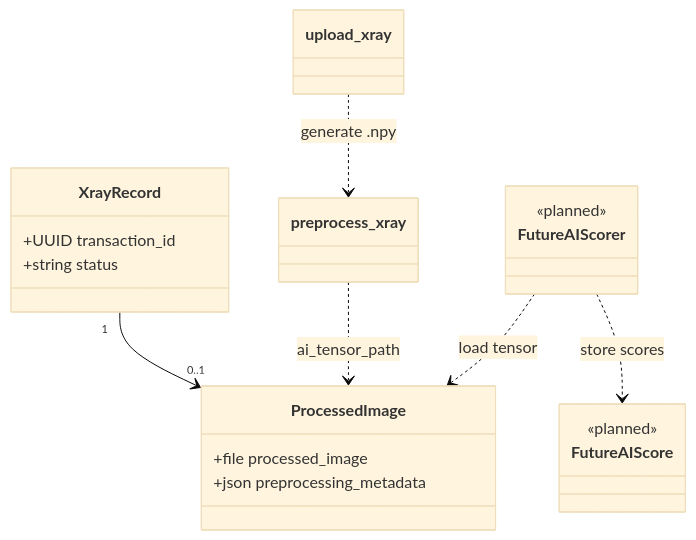
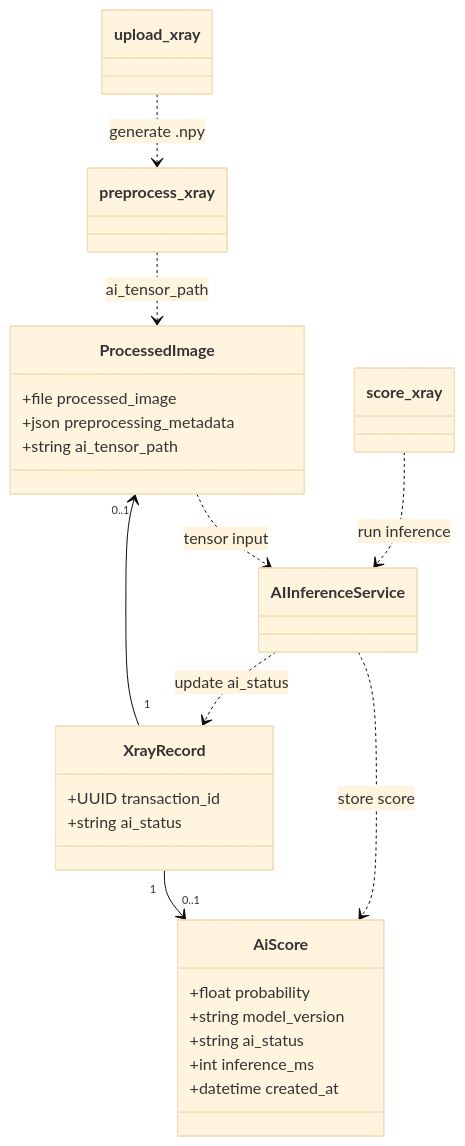
Before and after one commit to DymNomZ/TBXR: the diagram in documentation/class diagrams/3.1_Class Diagram.md, drawn with Mermaid (base theme). The commit also changed 24 other files, not shown here.

````diff
--- a/documentation/class diagrams/3.1_Class Diagram.md
+++ b/documentation/class diagrams/3.1_Class Diagram.md
@@ -1,25 +1,35 @@
 ```mermaid
 classDiagram
     class ProcessedImage {
         +file processed_image
         +json preprocessing_metadata
+        +string ai_tensor_path
     }
 
     class XrayRecord {
         +UUID transaction_id
-        +string status
+        +string ai_status
+    }
+
+    class AiScore {
+        +float probability
+        +string model_version
+        +string ai_status
+        +int inference_ms
+        +datetime created_at
     }
 
     class preprocess_xray
     class upload_xray
-
-    class FutureAIScorer <<planned>>
-    class FutureAIScore <<planned>>
+    class score_xray
+    class AIInferenceService
 
     XrayRecord "1" --> "0..1" ProcessedImage
+    XrayRecord "1" --> "0..1" AiScore
     upload_xray ..> preprocess_xray : generate .npy
     preprocess_xray ..> ProcessedImage : ai_tensor_path
-
-    FutureAIScorer ..> ProcessedImage : load tensor
-    FutureAIScorer ..> FutureAIScore : store scores
+    score_xray ..> AIInferenceService : run inference
+    AIInferenceService ..> AiScore : store score
+    AIInferenceService ..> XrayRecord : update ai_status
+    ProcessedImage ..> AIInferenceService : tensor input
 ```
````
